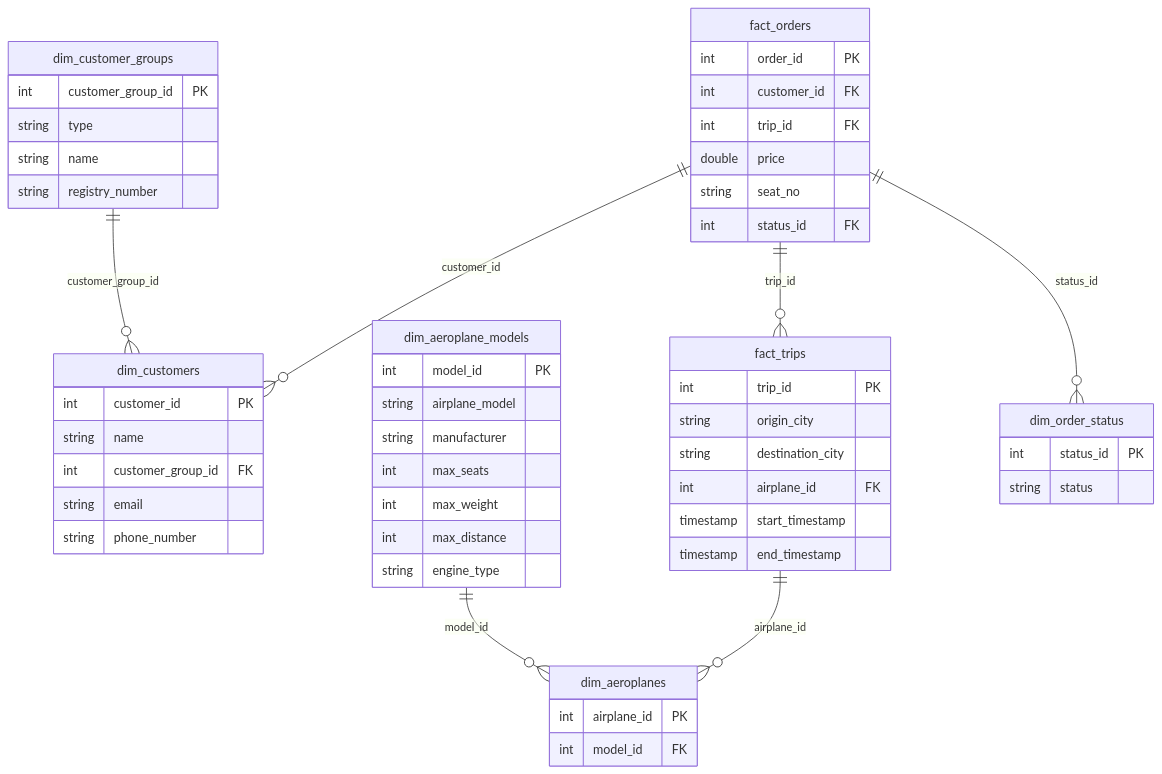
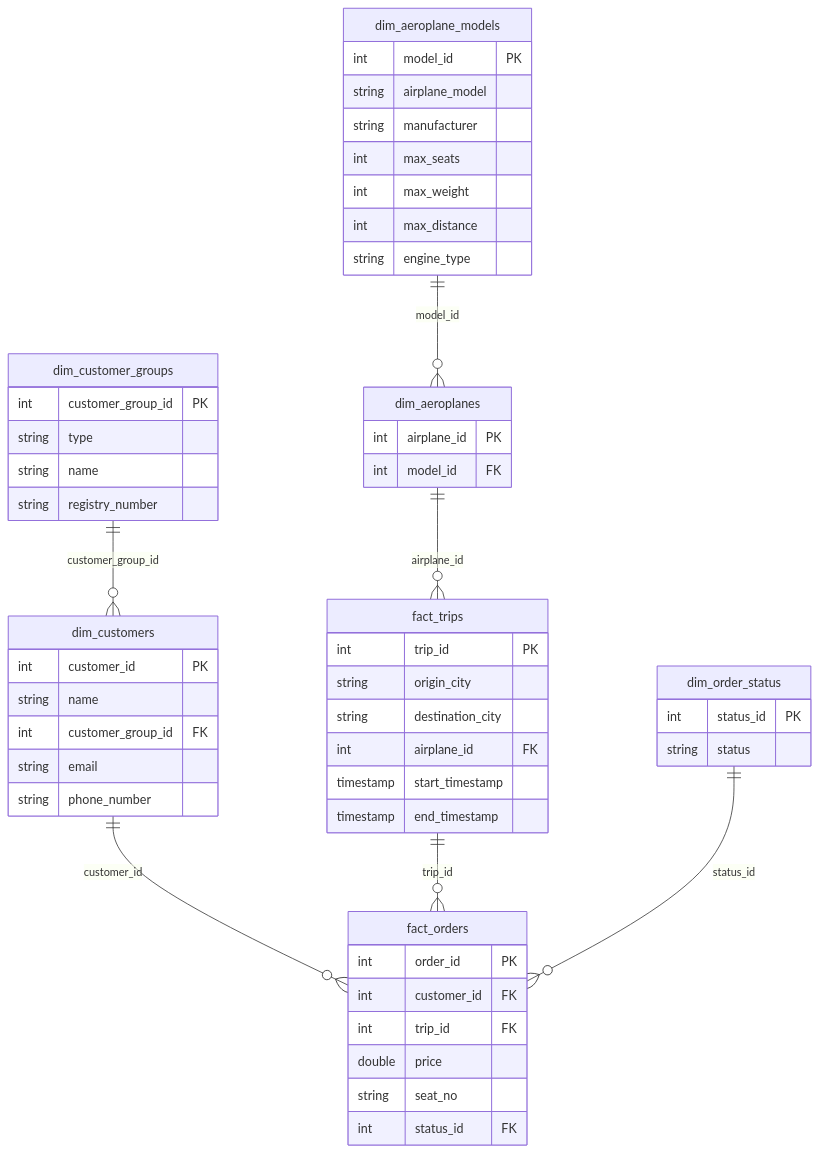
Before and after one commit to Victorede/Air_Boltic_Project: the diagram in README.MD, drawn with Mermaid. The commit also changed other lines of this file and 7 other files, not shown here.

````diff
--- a/README.MD
+++ b/README.MD
@@ -10,68 +10,68 @@
 ```mermaid
 erDiagram
 
     %% Entities
 
     dim_customers {
         int customer_id PK
         string name
         int customer_group_id FK
         string email
         string phone_number
     }
     
     dim_customer_groups {
         int customer_group_id PK
         string type
         string name
         string registry_number
     }
 
     dim_aeroplanes {
         int airplane_id PK
         int model_id FK
     }
 
     dim_aeroplane_models {
         int model_id PK
         string airplane_model
         string manufacturer
         int max_seats
         int max_weight
         int max_distance
         string engine_type
     }
 
     fact_trips {
         int trip_id PK
         string origin_city
         string destination_city
         int airplane_id FK
         timestamp start_timestamp
         timestamp end_timestamp
     }
 
     fact_orders {
         int order_id PK
         int customer_id FK
         int trip_id FK
         double price
         string seat_no
         int status_id FK
     }
 
     dim_order_status {
         int status_id PK
         string status
     }
 
     %% Relationships
 
-    dim_customer_groups     ||--o{     dim_customers     : customer_group_id
-    dim_aeroplane_models    ||--o{     dim_aeroplanes    : model_id
-    fact_trips              ||--o{     dim_aeroplanes    : airplane_id
-    fact_orders             ||--o{     dim_customers     : customer_id
-    fact_orders             ||--o{     fact_trips        : trip_id
-    fact_orders             ||--o{     dim_order_status  : status_id
+    dim_customer_groups ||--o{ dim_customers : customer_group_id
+    dim_aeroplane_models ||--o{ dim_aeroplanes : model_id
+    dim_aeroplanes ||--o{ fact_trips : airplane_id
+    dim_customers ||--o{ fact_orders : customer_id
+    fact_trips ||--o{ fact_orders : trip_id
+    dim_order_status ||--o{ fact_orders : status_id
 
 ```
````
